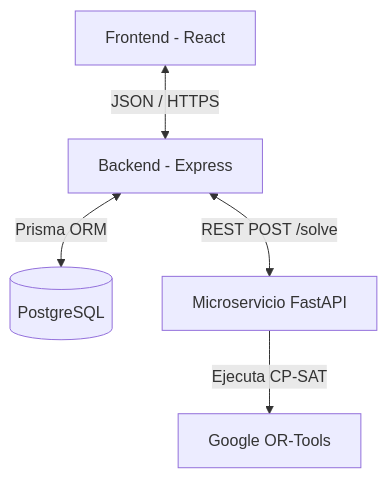
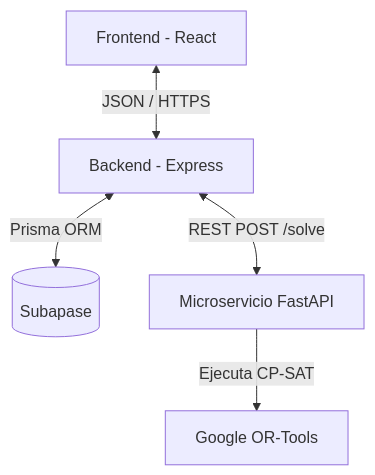
One commit to BryamsVL/TALLER-DE-PROYECTOS-2---202610 changed the diagram in Readme.md. Above: the diagram before and after it, drawn with Mermaid. The commit also changed other lines of this file, not shown here.

````diff
--- a/Readme.md
+++ b/Readme.md
@@ -89,7 +89,7 @@
 ```mermaid
 graph TD
     UI[Frontend - React] <-->|JSON / HTTPS| API[Backend - Express]
-    API <-->|Prisma ORM| DB[(PostgreSQL)]
+    API <-->|Prisma ORM| DB[(Subapase)]
     API <-->|REST POST /solve| CSP[Microservicio FastAPI]
     CSP -->|Ejecuta CP-SAT| ORT[Google OR-Tools]
 ```
````
